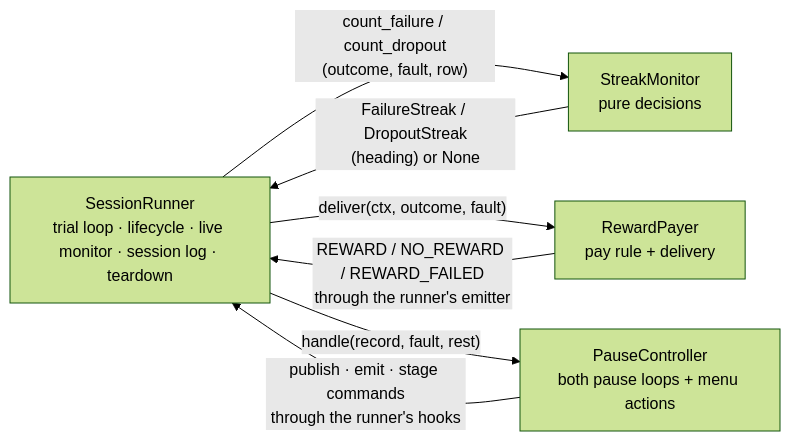
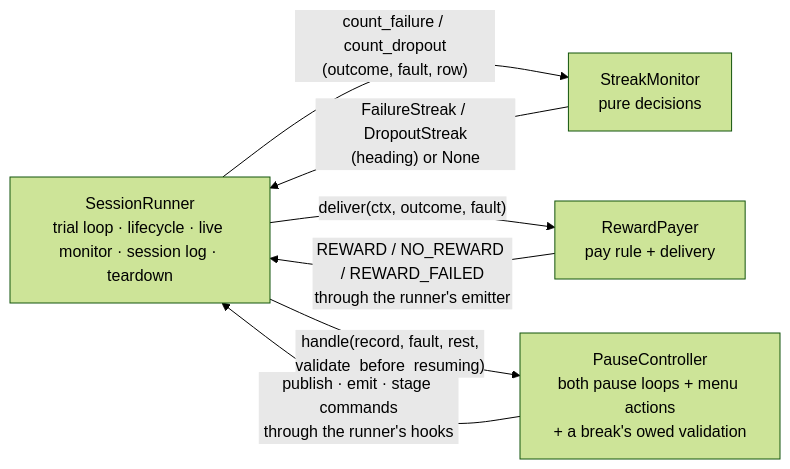
One commit to sh4r11f/alhazen changed diagram 13 of 16 in docs/architecture.md. Above: the diagram before and after it, drawn with Mermaid (forest theme). The commit also changed other lines of this file and 33 other files, not shown here.

First line of the commit message:
Validate the eye tracker at block breaks; the dashboard draws a fresh seed per run; release 2.3.0 (#118)

````diff
--- a/docs/architecture.md
+++ b/docs/architecture.md
@@ -1863,10 +1876,10 @@
 ```mermaid
 flowchart LR
     RUN["SessionRunner<br/>trial loop · lifecycle · live monitor · session log · teardown"]
     RUN -->|"count_failure / count_dropout<br/>(outcome, fault, row)"| SM["StreakMonitor<br/>pure decisions"]
     SM -->|"FailureStreak / DropoutStreak<br/>(heading) or None"| RUN
     RUN -->|"deliver(ctx, outcome, fault)"| RP["RewardPayer<br/>pay rule + delivery"]
     RP -->|"REWARD / NO_REWARD / REWARD_FAILED<br/>through the runner's emitter"| RUN
-    RUN -->|"handle(record, fault, rest)"| PC["PauseController<br/>both pause loops + menu actions"]
+    RUN -->|"handle(record, fault, rest,<br/>validate_before_resuming)"| PC["PauseController<br/>both pause loops + menu actions<br/>+ a break's owed validation"]
     PC -->|"publish · emit · stage commands<br/>through the runner's hooks"| RUN
 ```
````
